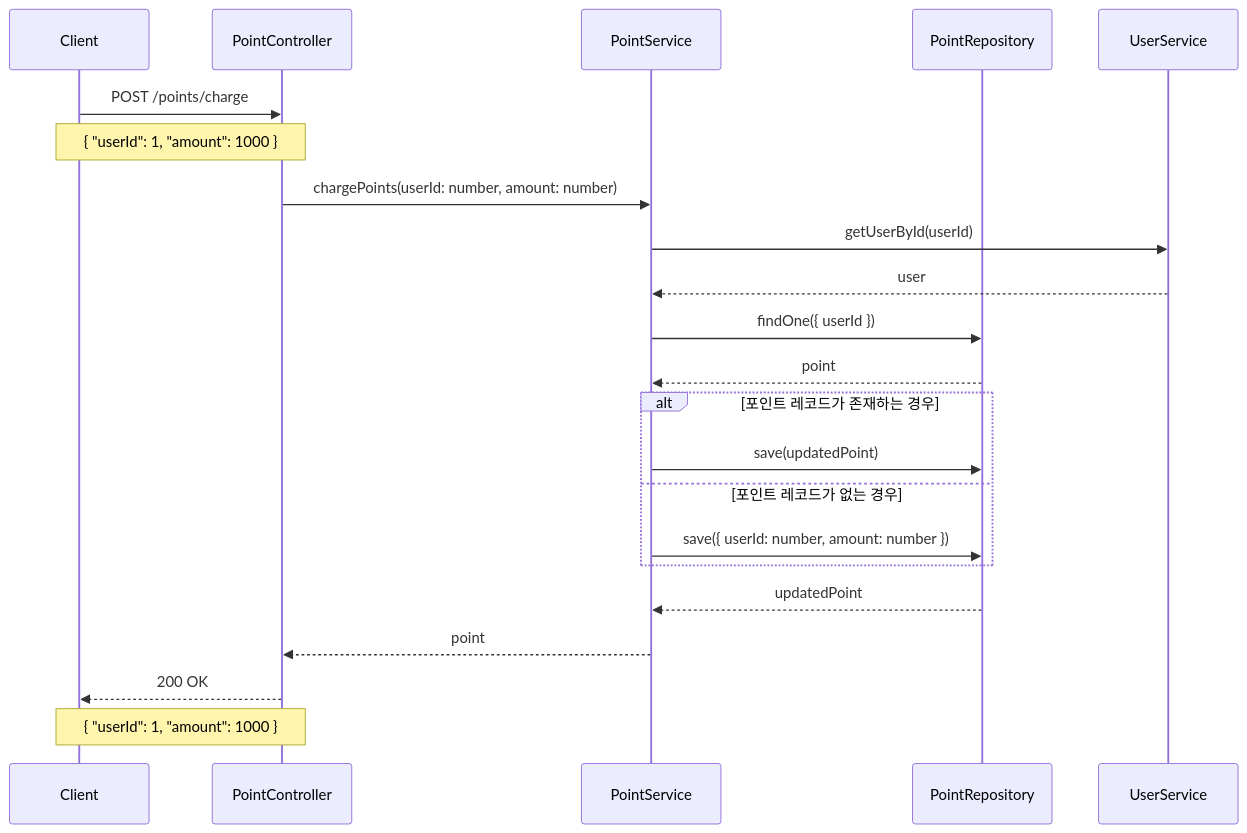
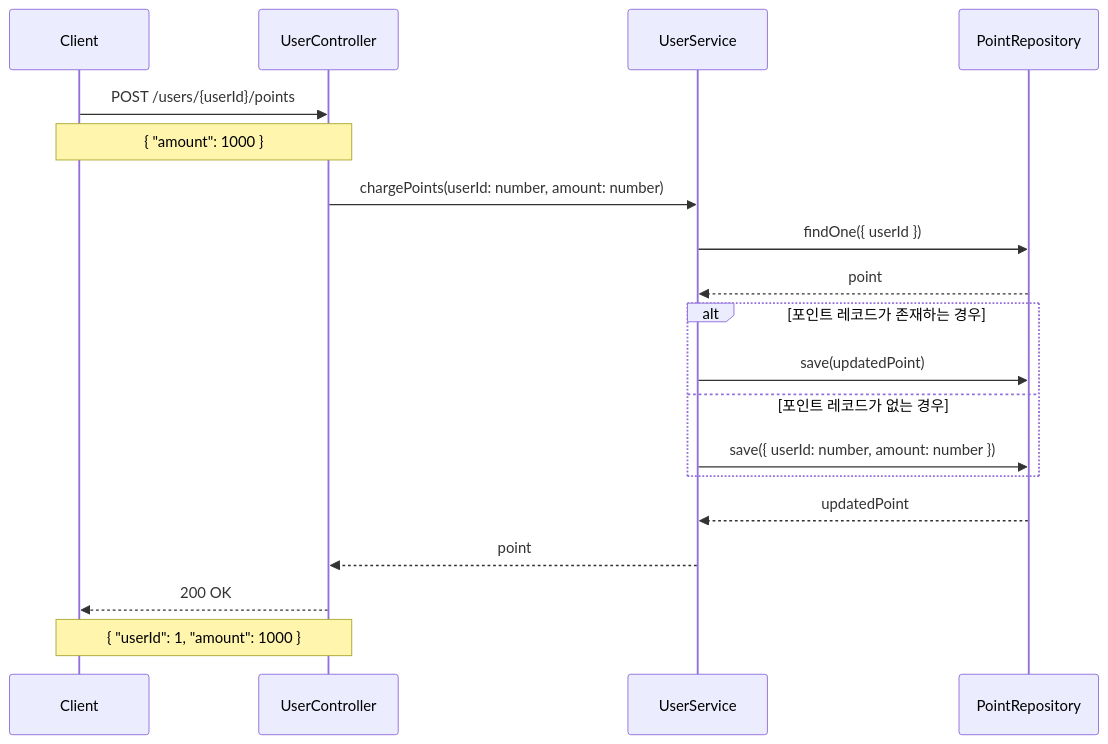
The first of 11 diagrams in docs/SequenceDiagrams.md (seuthootDev/hanghae-plus-backend), drawn with Mermaid before and after one commit. The commit also changed other lines of this file and 1 other file, not shown here.

Commit message:
docs: api 명세서, 시퀀스 다이어그램 수정 api 명세서를 rest api에 맞게 수정 후, 시퀀스는 api 명세서에 명세된 api 기능들로 구성함

````diff
--- a/docs/SequenceDiagrams.md
+++ b/docs/SequenceDiagrams.md
@@ -56,29 +8,25 @@
 ```mermaid
 sequenceDiagram
     participant Client
-    participant PointController
-    participant PointService
+    participant UserController
+    participant UserService
     participant PointRepository
-    participant UserService
 
-    Client->>PointController: POST /points/charge
-    Note over Client,PointController: { "userId": 1, "amount": 1000 }
+    Client->>UserController: POST /users/{userId}/points
+    Note over Client,UserController: { "amount": 1000 }
     
-    PointController->>PointService: chargePoints(userId: number, amount: number)
-    PointService->>UserService: getUserById(userId)
-    UserService-->>PointService: user
-    
-    PointService->>PointRepository: findOne({ userId })
-    PointRepository-->>PointService: point
+    UserController->>UserService: chargePoints(userId: number, amount: number)
+    UserService->>PointRepository: findOne({ userId })
+    PointRepository-->>UserService: point
     
     alt 포인트 레코드가 존재하는 경우
-        PointService->>PointRepository: save(updatedPoint)
+        UserService->>PointRepository: save(updatedPoint)
     else 포인트 레코드가 없는 경우
-        PointService->>PointRepository: save({ userId: number, amount: number })
+        UserService->>PointRepository: save({ userId: number, amount: number })
     end
     
-    PointRepository-->>PointService: updatedPoint
-    PointService-->>PointController: point
-    PointController-->>Client: 200 OK
-    Note over Client,PointController: { "userId": 1, "amount": 1000 }
+    PointRepository-->>UserService: updatedPoint
+    UserService-->>UserController: point
+    UserController-->>Client: 200 OK
+    Note over Client,UserController: { "userId": 1, "amount": 1000 }
 ```
````
